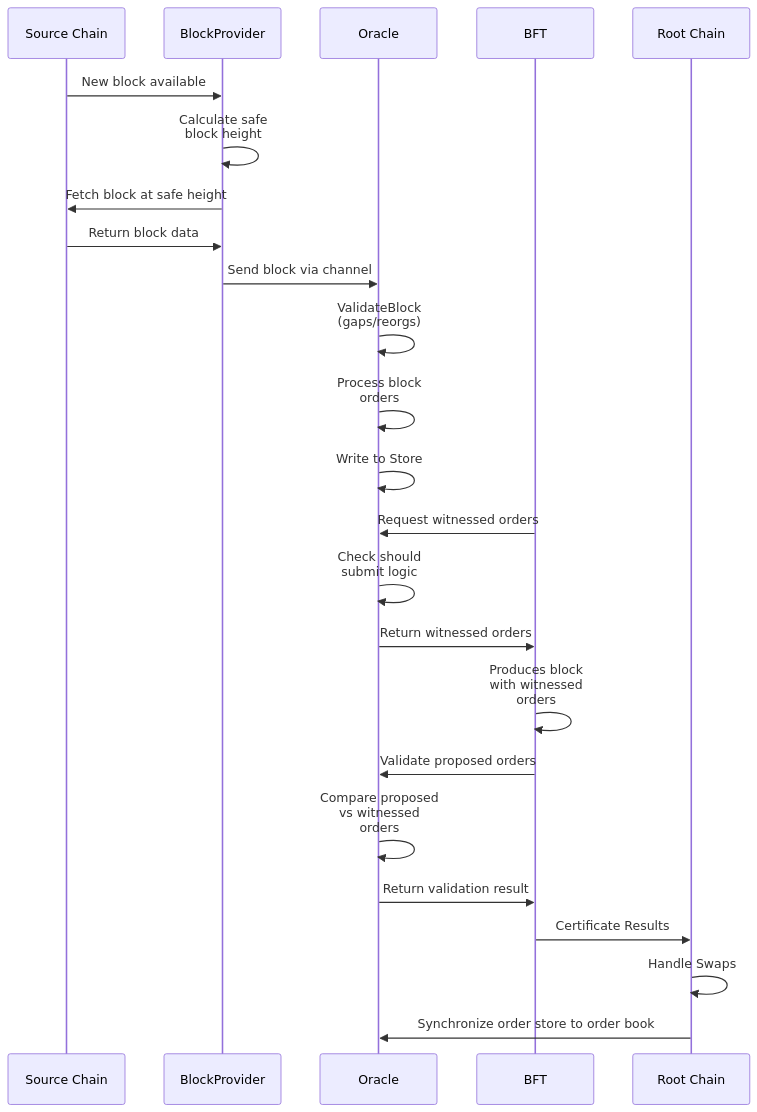
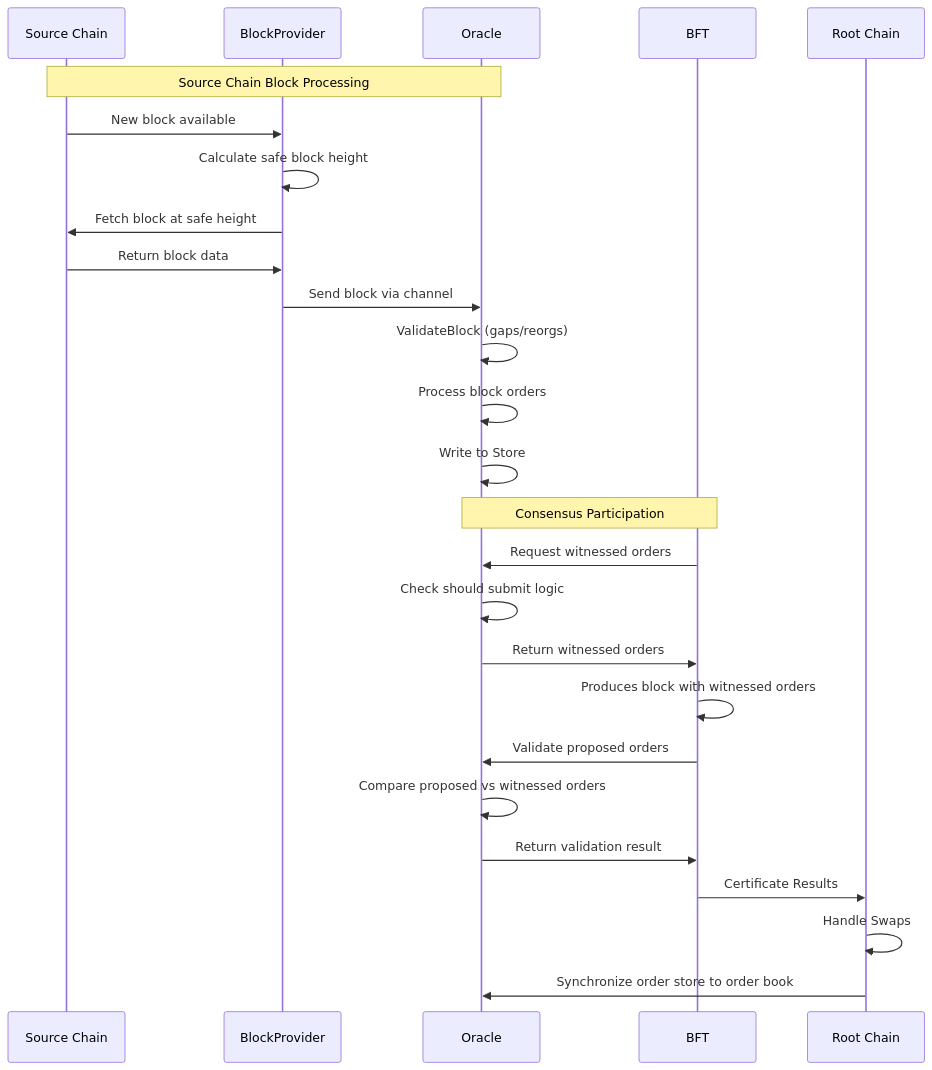
The diagram in cmd/rpc/oracle/ORACLE_FLOW.md (canopy-network/canopy), drawn with Mermaid before and after one commit.

````diff
--- a/cmd/rpc/oracle/ORACLE_FLOW.md
+++ b/cmd/rpc/oracle/ORACLE_FLOW.md
@@ -9,38 +9,38 @@
 ```mermaid
 sequenceDiagram
     participant SC as Source Chain
     participant BP as BlockProvider
     participant O as Oracle
     participant BFT as BFT
     participant RC as Root Chain
 
+    Note over SC,O: Source Chain Block Processing
     %% Block retrieval and processing
     SC->>BP: New block available
     BP->>BP: Calculate safe block height
     BP->>SC: Fetch block at safe height
     SC->>BP: Return block data
     BP->>O: Send block via channel
     
     %% Oracle block processing
     O->>O: ValidateBlock (gaps/reorgs)
     O->>O: Process block orders
     O->>O: Write to Store
     
-    %%{wrap}%%
-    
+    Note over BFT,O: Consensus Participation
     %% BFT consensus integration
     BFT->>O: Request witnessed orders
     O->>O: Check should submit logic
     O->>BFT: Return witnessed orders
     BFT->>BFT: Produces block with witnessed orders
     
     %% Block proposal validation
     BFT->>O: Validate proposed orders
     O->>O: Compare proposed vs witnessed orders
     O->>BFT: Return validation result
     
     %% Root Chain interaction
     BFT->>RC: Certificate Results
     RC->>RC: Handle Swaps
     RC->>O: Synchronize order store to order book
 ```
````
